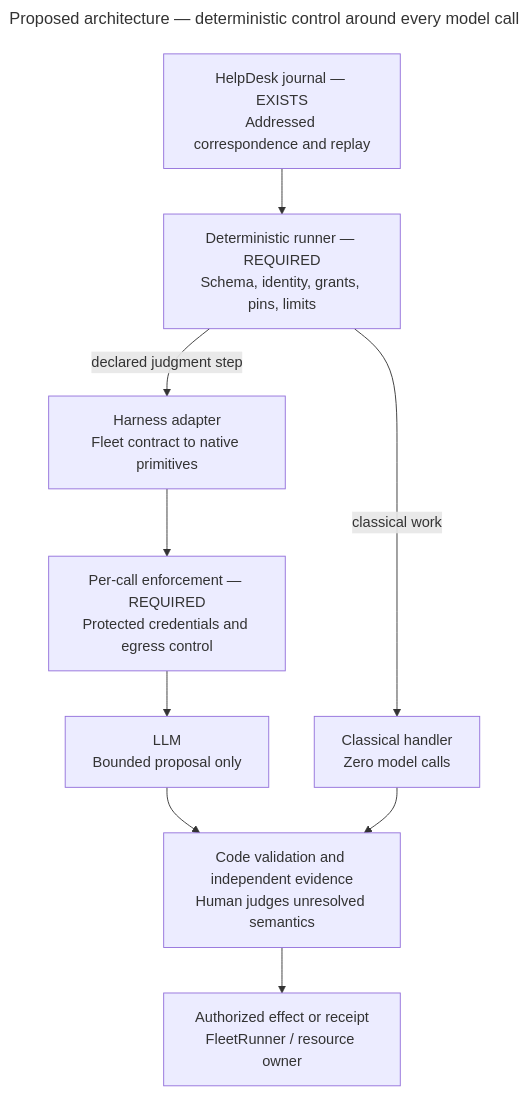
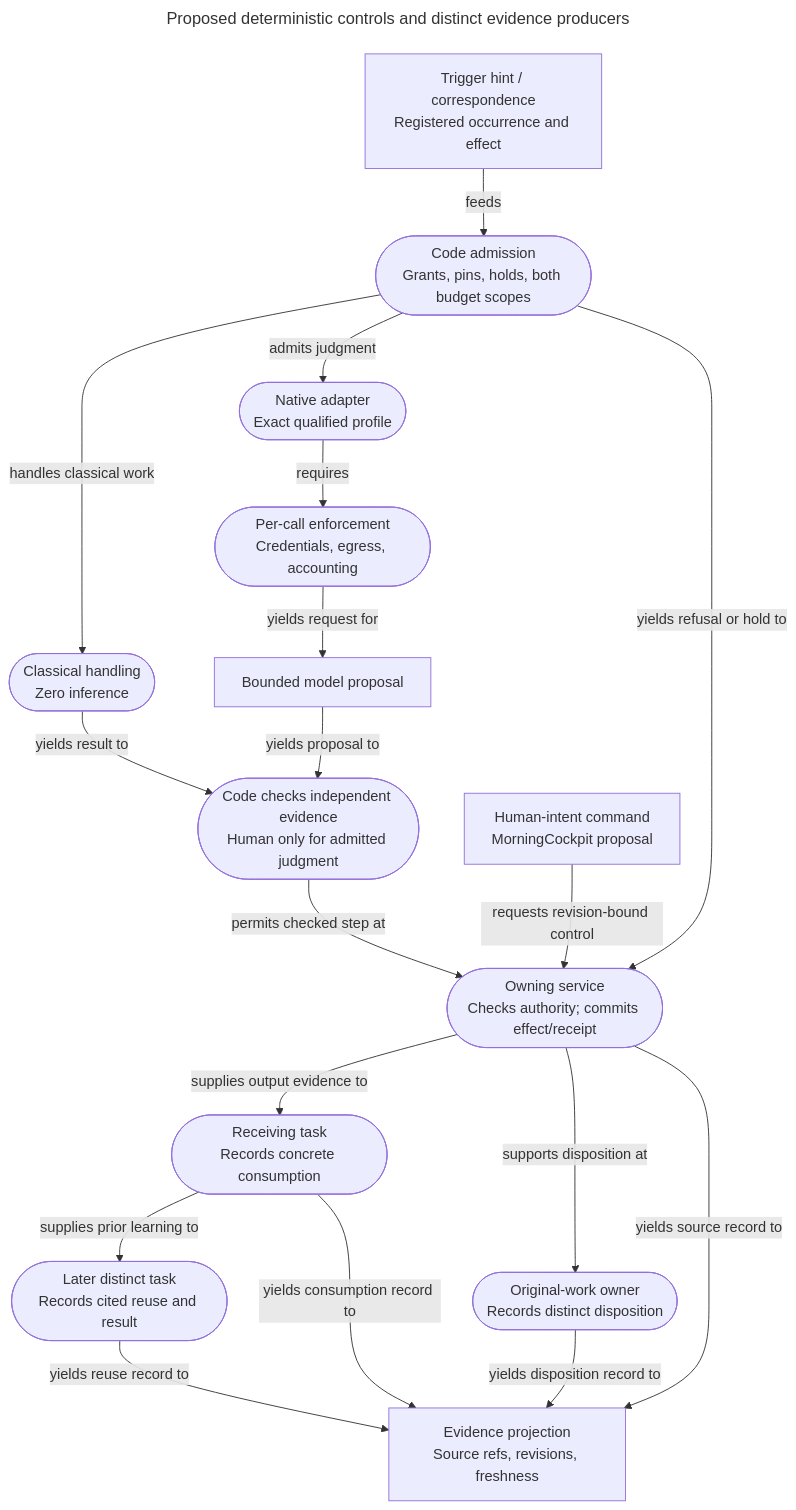
Before and after one commit to ojfbot/core: the diagram in decisions/fleet-runner/cross-harness-routing/diagrams/control.mmd, drawn with Mermaid. The commit also changed 11 other files, not shown here.

Commit message:
docs(fleet-runner): reconcile routing contracts and proof gates

```diff
--- a/decisions/fleet-runner/cross-harness-routing/diagrams/control.mmd
+++ b/decisions/fleet-runner/cross-harness-routing/diagrams/control.mmd
@@ -1,22 +1,36 @@
 ---
-title: Proposed architecture — deterministic control around every model call
+title: Proposed deterministic controls and distinct evidence producers
 ---
 flowchart TB
-  accTitle: Deterministic control with bounded stochastic work
-  accDescr: Code routes classical work to classical handlers and admits declared judgment work through native adapters and an enforced model-call boundary. Models return proposals.
-  H["HelpDesk journal — EXISTS<br/>Addressed correspondence and replay"]
-  R["Deterministic runner — REQUIRED<br/>Schema, identity, grants, pins, limits"]
-  D["Classical handler<br/>Zero model calls"]
-  A["Harness adapter<br/>Fleet contract to native primitives"]
-  C["Per-call enforcement — REQUIRED<br/>Protected credentials and egress control"]
-  M["LLM<br/>Bounded proposal only"]
-  V["Code validation and independent evidence<br/>Human judges unresolved semantics"]
-  E["Authorized effect or receipt<br/>FleetRunner / resource owner"]
-  H --> R
-  R -->|"classical work"| D
-  R -->|"declared judgment step"| A
-  A --> C
-  C --> M
-  M --> V
-  D --> V
-  V --> E
+  accTitle: Deterministic controls around models and source-owned evidence
+  accDescr: Triggers are hints. Code admits work under grants, holds and both budget scopes. Classical work makes no model call. Native model work uses a per-call boundary. Source owners record effects, consumption, settlement and later reuse independently.
+  I["Trigger hint / correspondence<br/>Registered occurrence and effect"]
+  R(["Code admission<br/>Grants, pins, holds, both budget scopes"])
+  D(["Classical handling<br/>Zero inference"])
+  A(["Native adapter<br/>Exact qualified profile"])
+  C(["Per-call enforcement<br/>Credentials, egress, accounting"])
+  M["Bounded model proposal"]
+  V(["Code checks independent evidence<br/>Human only for admitted judgment"])
+  U["Human-intent command<br/>MorningCockpit proposal"]
+  E(["Owning service<br/>Checks authority; commits effect/receipt"])
+  X(["Receiving task<br/>Records concrete consumption"])
+  W(["Original-work owner<br/>Records distinct disposition"])
+  L(["Later distinct task<br/>Records cited reuse and result"])
+  P["Evidence projection<br/>Source refs, revisions, freshness"]
+  I -->|"feeds"| R
+  R -->|"handles classical work"| D
+  R -->|"admits judgment"| A
+  A -->|"requires"| C
+  C -->|"yields request for"| M
+  M -->|"yields proposal to"| V
+  D -->|"yields result to"| V
+  R -->|"yields refusal or hold to"| E
+  V -->|"permits checked step at"| E
+  U -->|"requests revision-bound control"| E
+  E -->|"supplies output evidence to"| X
+  E -->|"supports disposition at"| W
+  X -->|"supplies prior learning to"| L
+  E -->|"yields source record to"| P
+  X -->|"yields consumption record to"| P
+  W -->|"yields disposition record to"| P
+  L -->|"yields reuse record to"| P
```
